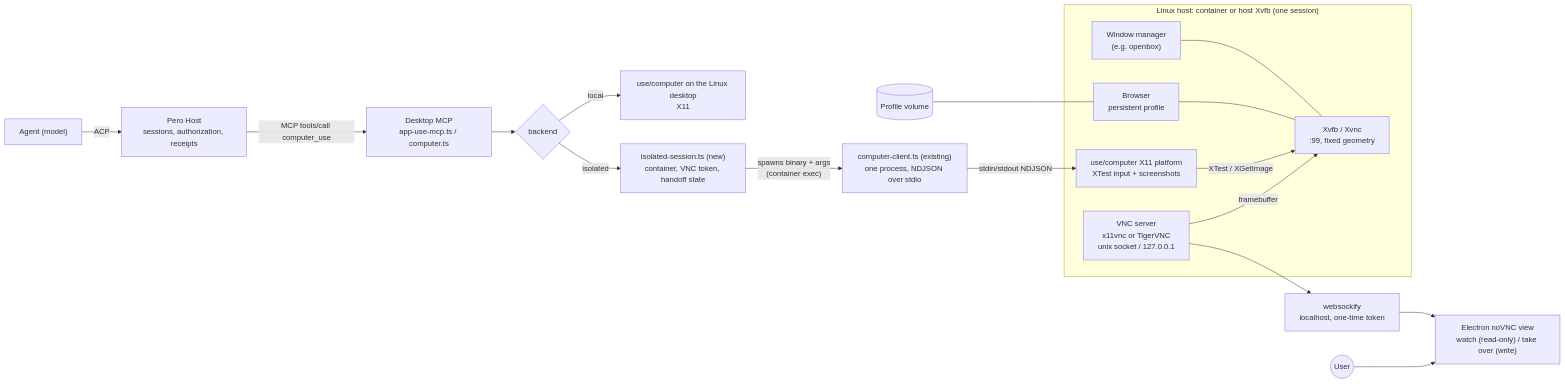
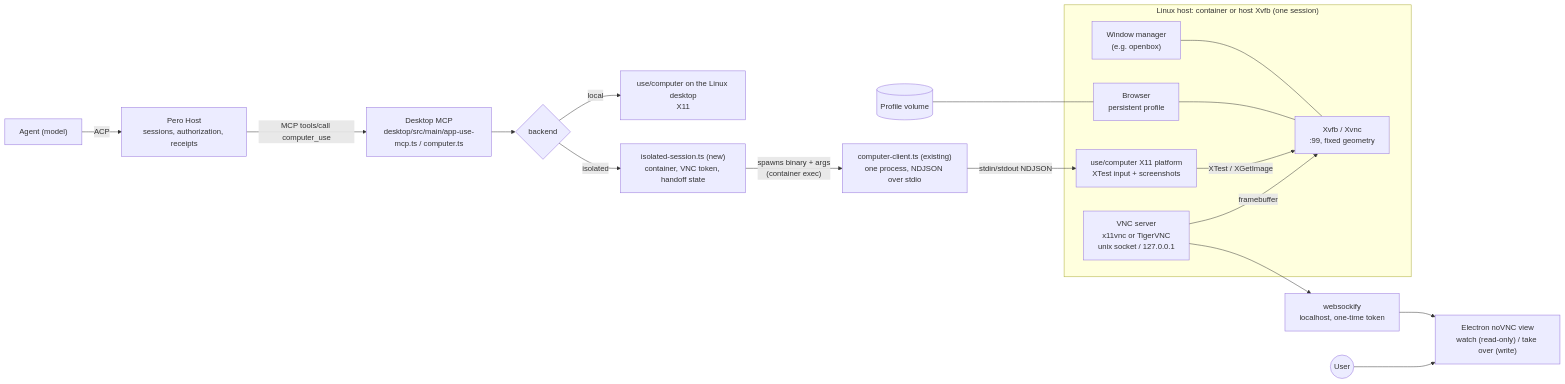
One commit to phodal/pero changed the first of 2 diagrams in docs/adr/0019-computer-use-isolated-desktop.md. Above: the diagram before and after it, drawn with Mermaid. The commit also changed other lines of this file, not shown here.

````diff
--- a/docs/adr/0019-computer-use-isolated-desktop.md
+++ b/docs/adr/0019-computer-use-isolated-desktop.md
@@ -42,27 +42,27 @@
 ```mermaid
 flowchart LR
   Agent["Agent (model)"] -->|ACP| Host["Pero Host<br/>sessions, authorization, receipts"]
-  Host -->|MCP tools/call computer_use| MCP["Desktop MCP<br/>app-use-mcp.ts / computer.ts"]
+  Host -->|MCP tools/call computer_use| MCP["Desktop MCP<br/>desktop/src/main/app-use-mcp.ts / computer.ts"]
   MCP --> Router{"backend"}
   Router -->|local| Local["use/computer on the Linux desktop<br/>X11"]
   Router -->|isolated| Session["isolated-session.ts (new)<br/>container, VNC token, handoff state"]
   Session -->|"spawns binary + args<br/>(container exec)"| Client["computer-client.ts (existing)<br/>one process, NDJSON over stdio"]
 
   subgraph Sandbox["Linux host: container or host Xvfb (one session)"]
     Xvfb["Xvfb / Xvnc<br/>:99, fixed geometry"]
     WM["Window manager<br/>(e.g. openbox)"]
     Browser["Browser<br/>persistent profile"]
     Runtime["use/computer X11 platform<br/>XTest input + screenshots"]
     VNC["VNC server<br/>x11vnc or TigerVNC<br/>unix socket / 127.0.0.1"]
     WM --- Xvfb
     Browser --- Xvfb
     Runtime -->|XTest / XGetImage| Xvfb
     VNC -->|framebuffer| Xvfb
   end
 
   Client -->|stdin/stdout NDJSON| Runtime
   VNC --> WS["websockify<br/>localhost, one-time token"]
   WS --> NoVNC["Electron noVNC view<br/>watch (read-only) / take over (write)"]
   User((User)) --> NoVNC
   Profile[("Profile volume")] --- Browser
 ```
````
